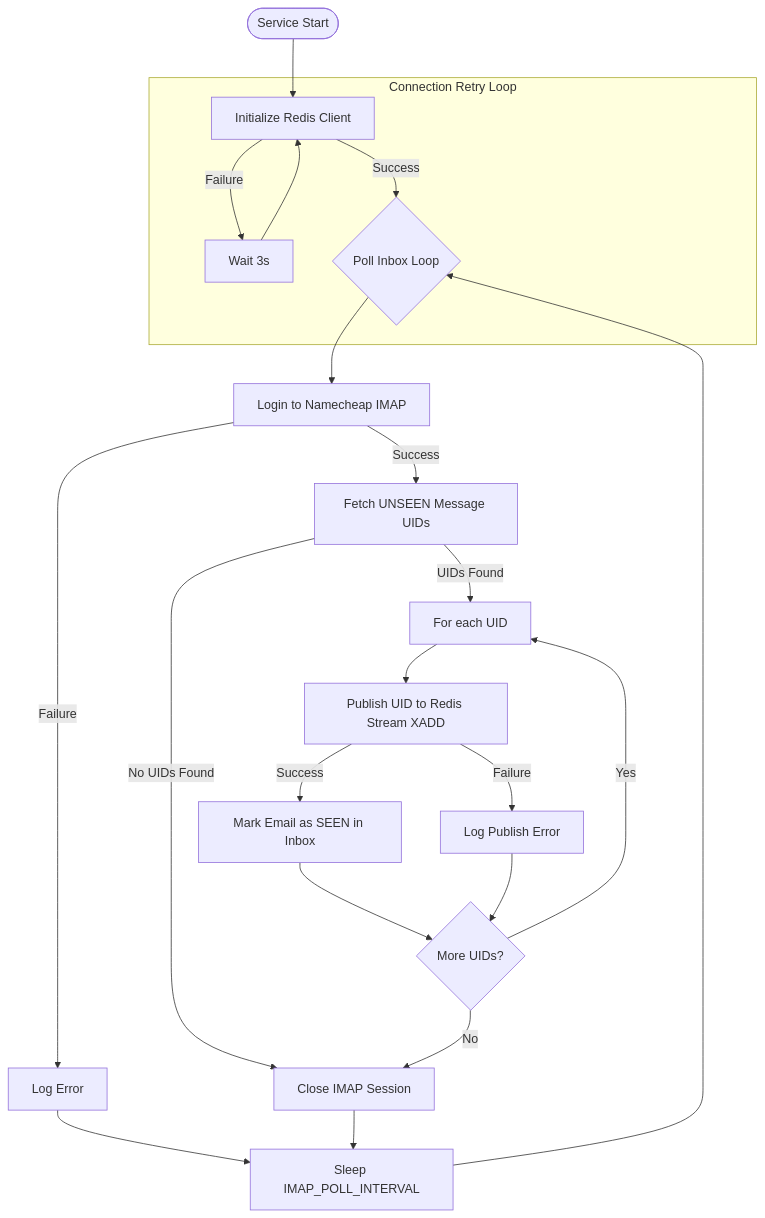
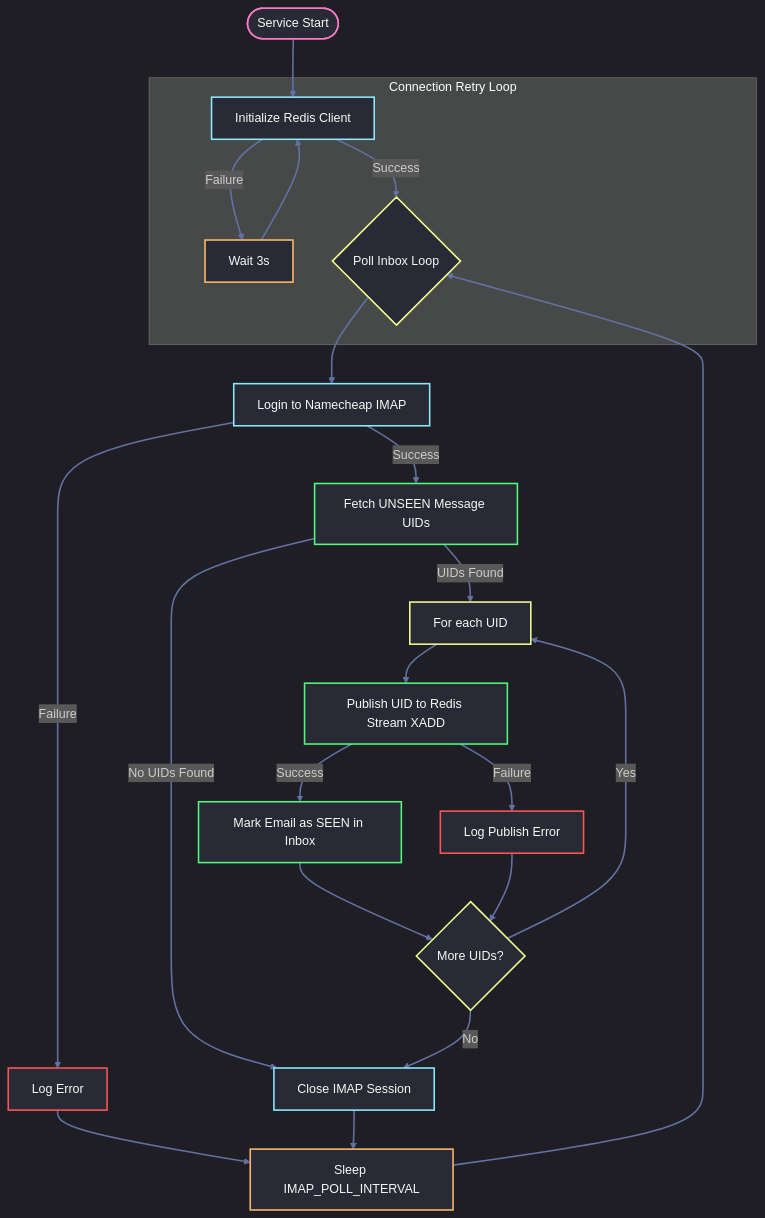
Before and after one commit to selvakumarperumal/Customer_Complaint_Responder: the diagram in apps/poller/explanation.md, drawn with Mermaid. The commit also changed 2 other files, not shown here.

Commit message:
docs: apply Dracula theme to Mermaid flowcharts for better visibility

````diff
--- a/apps/poller/explanation.md
+++ b/apps/poller/explanation.md
@@ -11,32 +11,50 @@
 ```mermaid
+%%{init: {
+  'theme': 'dark',
+  'themeVariables': {
+    'background': '#282a36',
+    'primaryColor': '#282a36',
+    'primaryTextColor': '#f8f8f2',
+    'lineColor': '#6272a4'
+  }
+}}%%
 graph TD
-    Start([Service Start]) --> InitRedis[Initialize Redis Client]
+    classDef startEnd fill:#282a36,stroke:#ff79c6,stroke-width:2px,color:#f8f8f2;
+    classDef process fill:#282a36,stroke:#8be9fd,stroke-width:2px,color:#f8f8f2;
+    classDef success fill:#282a36,stroke:#50fa7b,stroke-width:2px,color:#f8f8f2;
+    classDef decision fill:#282a36,stroke:#f1fa8c,stroke-width:2px,color:#f8f8f2;
+    classDef waitState fill:#282a36,stroke:#ffb86c,stroke-width:2px,color:#f8f8f2;
+    classDef errorState fill:#282a36,stroke:#ff5555,stroke-width:2px,color:#f8f8f2;
+
+    Start([Service Start]):::startEnd --> InitRedis[Initialize Redis Client]:::process
     
     subgraph Connection Retry Loop
-        InitRedis -->|Failure| RetryRedis[Wait 3s]
+        InitRedis -->|Failure| RetryRedis[Wait 3s]:::waitState
         RetryRedis --> InitRedis
-        InitRedis -->|Success| PollLoop{Poll Inbox Loop}
+        InitRedis -->|Success| PollLoop{Poll Inbox Loop}:::decision
     end
 
-    PollLoop --> LoginIMAP[Login to Namecheap IMAP]
-    LoginIMAP -->|Failure| LogError[Log Error] --> Sleep[Sleep IMAP_POLL_INTERVAL]
-    LoginIMAP -->|Success| FetchUIDs[Fetch UNSEEN Message UIDs]
+    PollLoop --> LoginIMAP[Login to Namecheap IMAP]:::process
+    LoginIMAP -->|Failure| LogError[Log Error]:::errorState --> Sleep[Sleep IMAP_POLL_INTERVAL]:::waitState
+    LoginIMAP -->|Success| FetchUIDs[Fetch UNSEEN Message UIDs]:::success
     
-    FetchUIDs -->|No UIDs Found| CloseIMAP[Close IMAP Session]
+    FetchUIDs -->|No UIDs Found| CloseIMAP[Close IMAP Session]:::process
     CloseIMAP --> Sleep
     
-    FetchUIDs -->|UIDs Found| LoopUIDs[For each UID]
+    FetchUIDs -->|UIDs Found| LoopUIDs[For each UID]:::decision
     
-    LoopUIDs --> PushStream[Publish UID to Redis Stream XADD]
+    LoopUIDs --> PushStream[Publish UID to Redis Stream XADD]:::success
     
-    PushStream -->|Success| MarkSeen[Mark Email as SEEN in Inbox]
-    MarkSeen --> NextUID{More UIDs?}
+    PushStream -->|Success| MarkSeen[Mark Email as SEEN in Inbox]:::success
+    MarkSeen --> NextUID{More UIDs?}:::decision
     
-    PushStream -->|Failure| LogPushError[Log Publish Error]
+    PushStream -->|Failure| LogPushError[Log Publish Error]:::errorState
     LogPushError --> NextUID
     
     NextUID -->|Yes| LoopUIDs
     NextUID -->|No| CloseIMAP
     
     Sleep --> PollLoop
+
+    linkStyle default stroke:#6272a4,stroke-width:2px;
 ```
````
